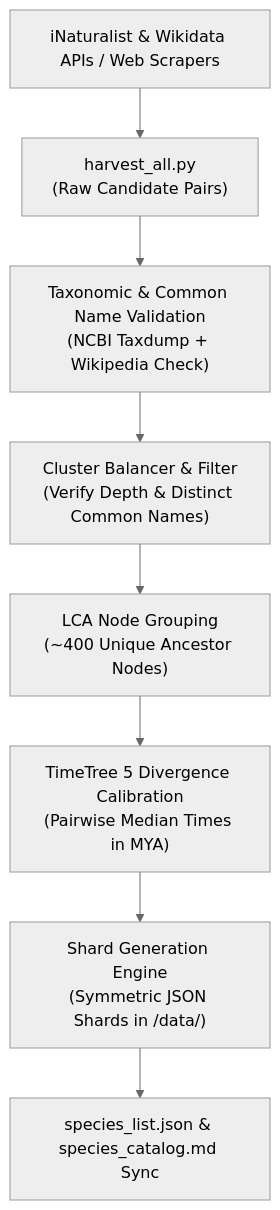
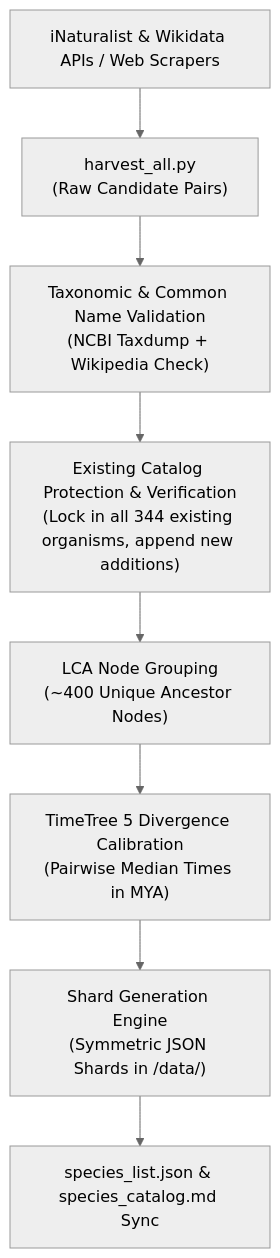
Before and after one commit to amitjoshi2724/phylogenle: the diagram in SPECIES_EXPANSION_PLAN.md, drawn with Mermaid (neutral theme). The commit also changed other lines of this file, not shown here.

Commit message:
docs: remove cluster lower bound and add strict add-only mandate to SPECIES_EXPANSION_PLAN.md

````diff
--- a/SPECIES_EXPANSION_PLAN.md
+++ b/SPECIES_EXPANSION_PLAN.md
@@ -72,10 +73,10 @@
 ```mermaid
 graph TD
     A["iNaturalist & Wikidata APIs / Web Scrapers"] --> B["harvest_all.py<br>(Raw Candidate Pairs)"]
     B --> C["Taxonomic & Common Name Validation<br>(NCBI Taxdump + Wikipedia Check)"]
-    C --> D["Cluster Balancer & Filter<br>(Verify Depth & Distinct Common Names)"]
+    C --> D["Existing Catalog Protection & Verification<br>(Lock in all 344 existing organisms, append new additions)"]
     D --> E["LCA Node Grouping<br>(~400 Unique Ancestor Nodes)"]
     E --> F["TimeTree 5 Divergence Calibration<br>(Pairwise Median Times in MYA)"]
     F --> G["Shard Generation Engine<br>(Symmetric JSON Shards in /data/)"]
     G --> H["species_list.json & species_catalog.md Sync"]
 ```
````
